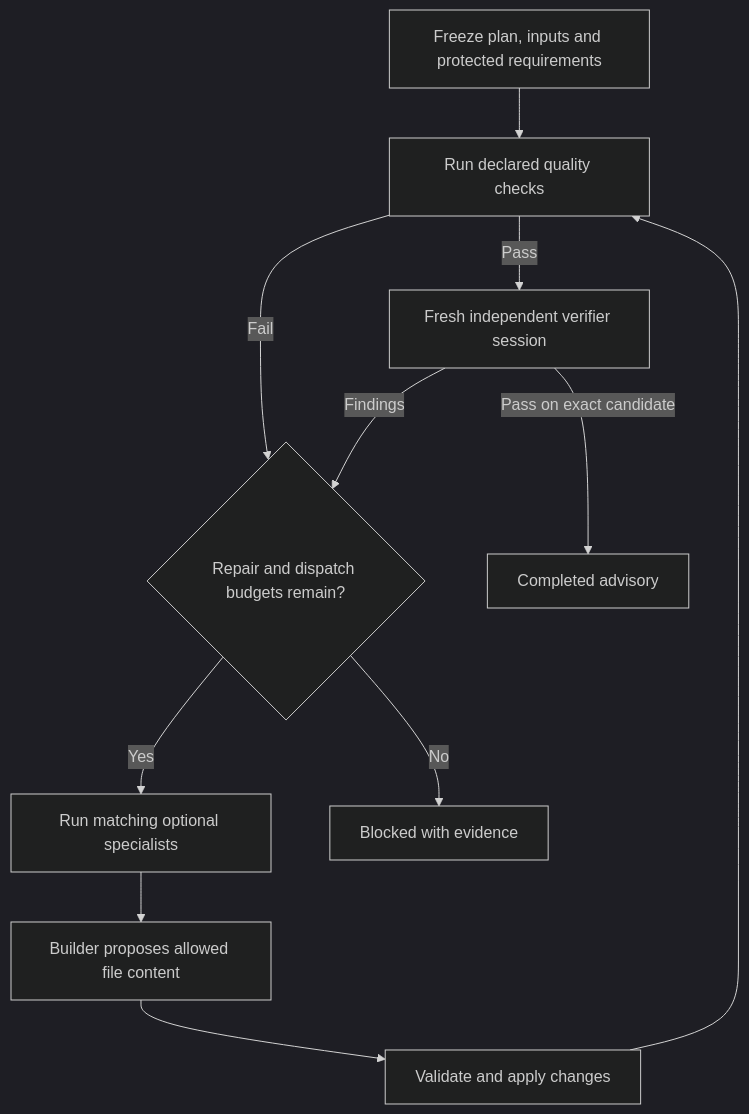
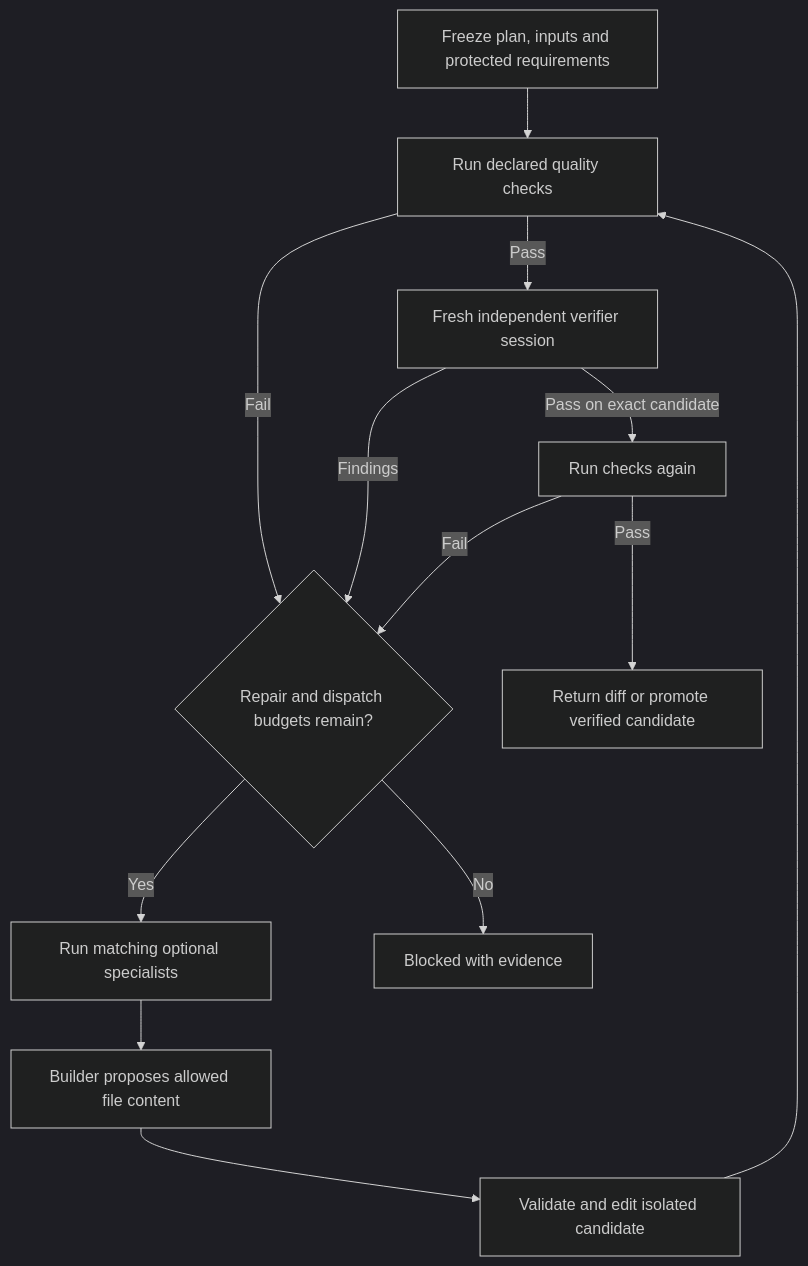
Before and after one commit to fuzzwin/proof-loop-public: the diagram in AGENT-BRIDGE.md, drawn with Mermaid (dark theme). The commit also changed other lines of this file and 23 other files, not shown here.

````diff
--- a/AGENT-BRIDGE.md
+++ b/AGENT-BRIDGE.md
@@ -8,13 +11,15 @@
 ```mermaid
 flowchart TD
   A[Freeze plan, inputs and protected requirements] --> Q[Run declared quality checks]
   Q -->|Pass| V[Fresh independent verifier session]
   Q -->|Fail| L{Repair and dispatch budgets remain?}
   V -->|Findings| L
   L -->|Yes| S[Run matching optional specialists]
   S --> B[Builder proposes allowed file content]
-  B --> E[Validate and apply changes]
+  B --> E[Validate and edit isolated candidate]
   E --> Q
   L -->|No| X[Blocked with evidence]
-  V -->|Pass on exact candidate| D[Completed advisory]
+  V -->|Pass on exact candidate| R[Run checks again]
+  R -->|Pass| D[Return diff or promote verified candidate]
+  R -->|Fail| L
 ```
````
